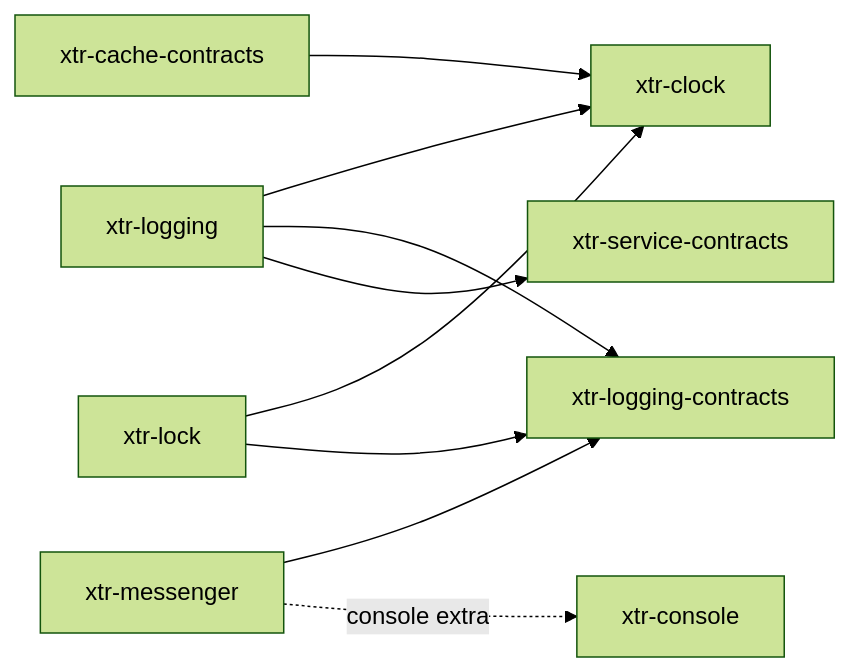
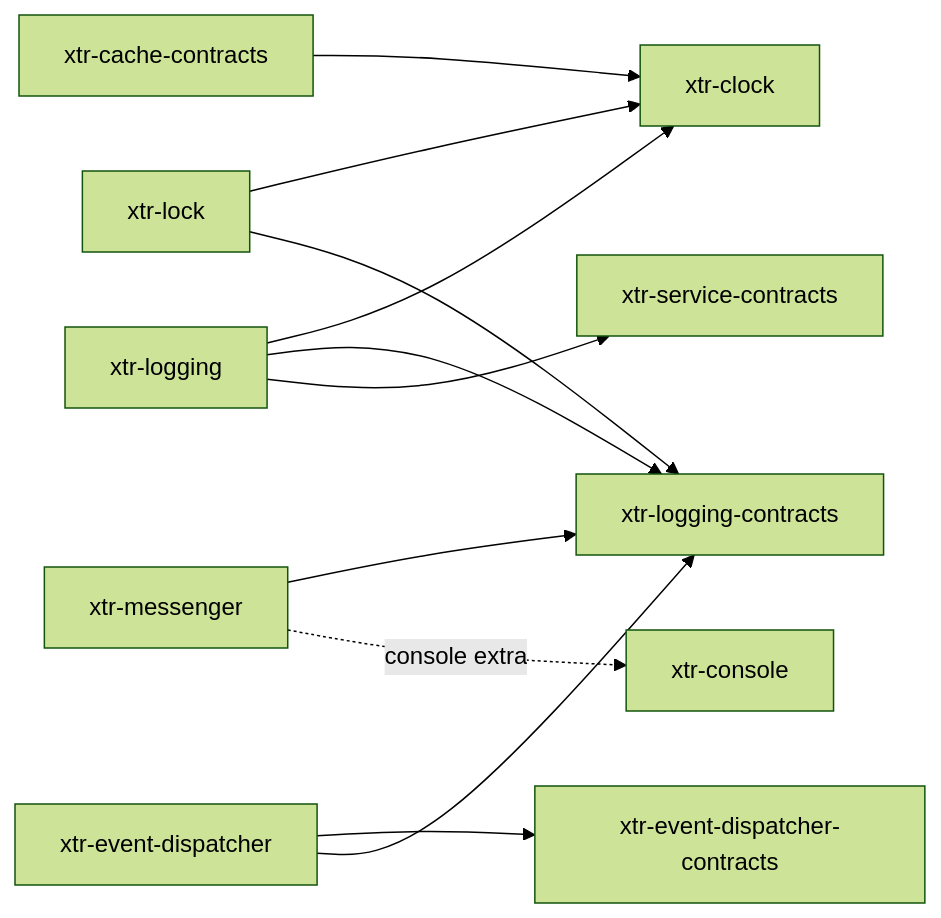
One commit to xterr/python-xtr changed the diagram in README.md. Above: the diagram before and after it, drawn with Mermaid (forest theme). The commit also changed other lines of this file and 101 other files, not shown here.

Commit message:
feature: add xtr-event-dispatcher with priority dispatch, subscribers, lazy, scoped, compiled and traceable dispatchers, and a bundle

````diff
--- a/README.md
+++ b/README.md
@@ -39,11 +40,13 @@
 ```mermaid
 graph LR
     logging[xtr-logging] --> clock[xtr-clock]
     logging --> logcon[xtr-logging-contracts]
     logging --> svccon[xtr-service-contracts]
     messenger[xtr-messenger] --> logcon
     lock[xtr-lock] --> clock
     lock --> logcon
     cachecon[xtr-cache-contracts] --> clock
+    events[xtr-event-dispatcher] --> eventcon[xtr-event-dispatcher-contracts]
+    events --> logcon
     messenger -. console extra .-> console[xtr-console]
 ```
````
